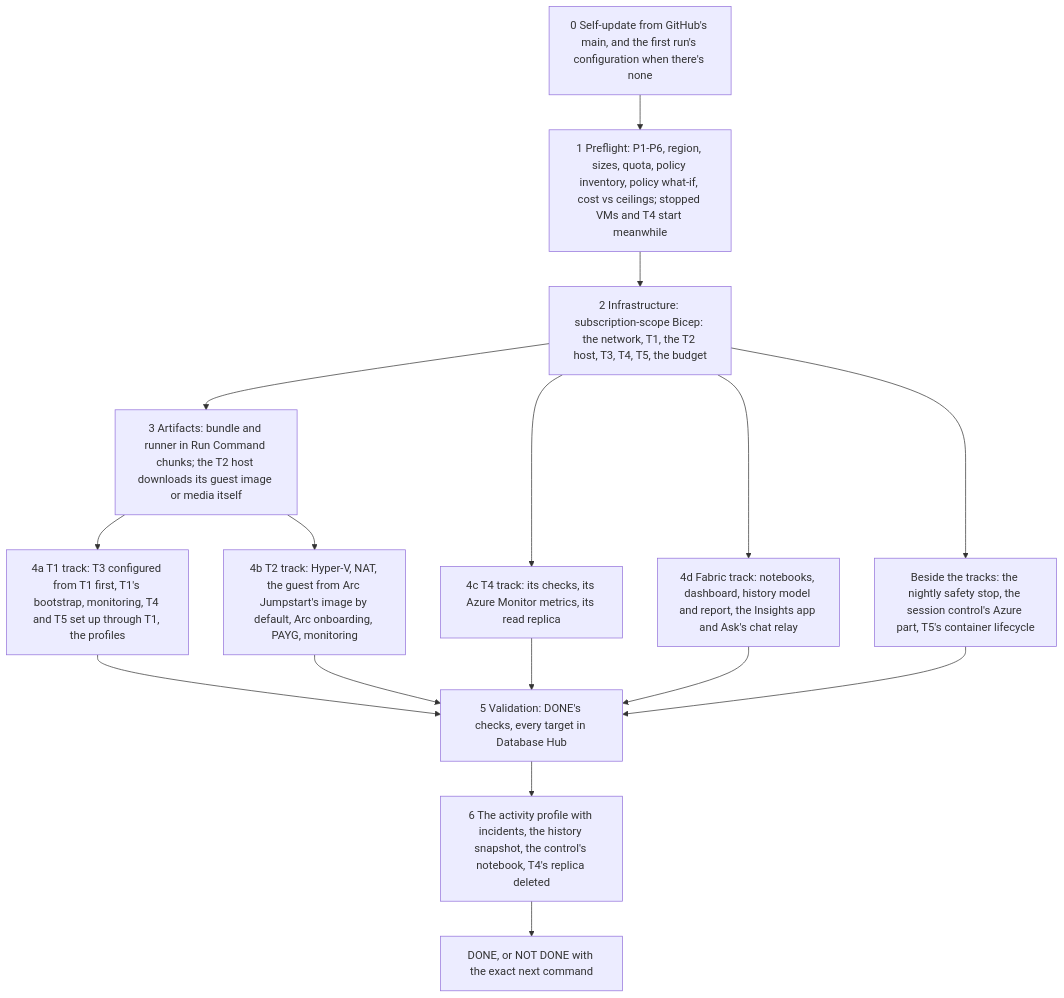
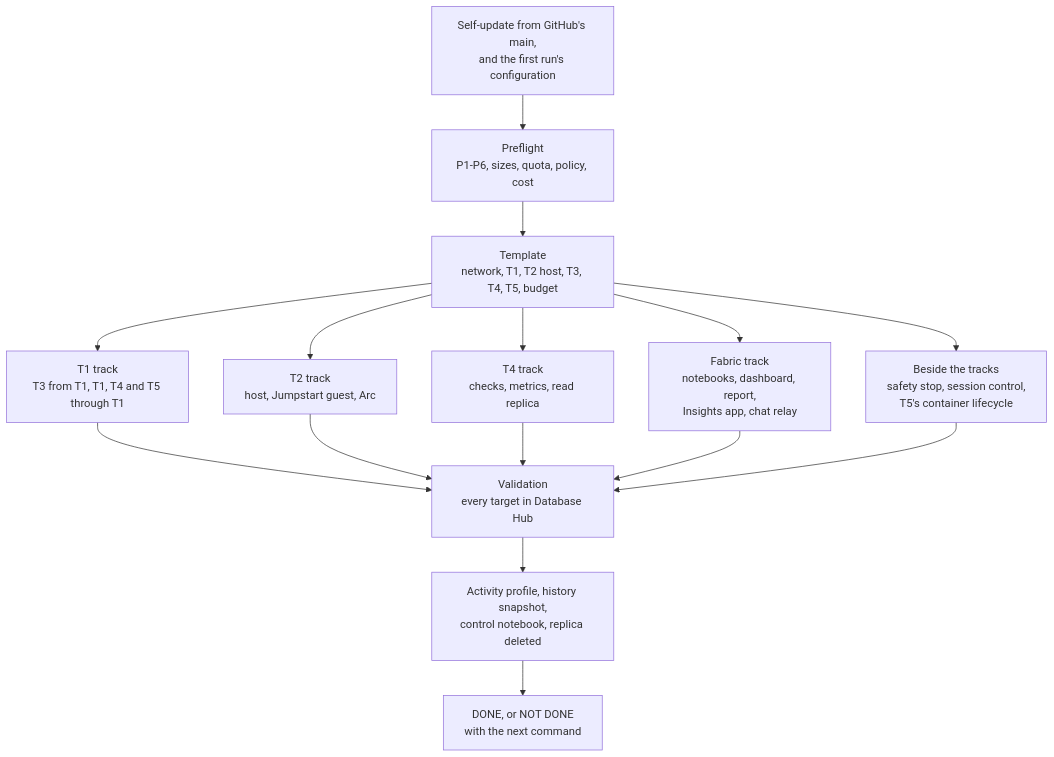
Before and after one commit to MarcBushong/fabric-database-hub-demo: the second of 4 diagrams in docs/architecture.md, drawn with Mermaid. The commit also changed other lines of this file and 22 other files, not shown here.

````diff
--- a/docs/architecture.md
+++ b/docs/architecture.md
@@ -237,18 +131,13 @@
 ```mermaid
 flowchart TD
-  S0["0 Self-update from GitHub's main, and the first run's configuration when there's none"] --> S1["1 Preflight: P1-P6, region, sizes, quota, policy inventory, policy what-if, cost vs ceilings; stopped VMs and T4 start meanwhile"]
-  S1 --> S2["2 Infrastructure: subscription-scope Bicep: the network, T1, the T2 host, T3, T4, T5, the budget"]
-  S2 --> SC["Beside the tracks: the nightly safety stop, the session control's Azure part, T5's container lifecycle"]
-  S2 --> S3["3 Artifacts: bundle and runner in Run Command chunks; the T2 host downloads its guest image or media itself"]
-  S3 --> S4A["4a T1 track: T3 configured from T1 first, T1's bootstrap, monitoring, T4 and T5 set up through T1, the profiles"]
-  S3 --> S4B["4b T2 track: Hyper-V, NAT, the guest from Arc Jumpstart's image by default, Arc onboarding, PAYG, monitoring"]
-  S2 --> S4C["4c T4 track: its checks, its Azure Monitor metrics, its read replica"]
-  S2 --> S4D["4d Fabric track: notebooks, dashboard, history model and report, the Insights app and Ask's chat relay"]
-  S4A --> S5["5 Validation: DONE's checks, every target in Database Hub"]
-  S4B --> S5
-  S4C --> S5
-  S4D --> S5
-  SC --> S5
-  S5 --> S6["6 The activity profile with incidents, the history snapshot, the control's notebook, T4's replica deleted"]
-  S6 --> S7["DONE, or NOT DONE with the exact next command"]
+  A["Self-update from GitHub's main,<br/>and the first run's configuration"] --> B["Preflight<br/>P1-P6, sizes, quota, policy, cost"]
+  B --> C["Template<br/>network, T1, T2 host, T3, T4, T5, budget"]
+  C --> D1["T1 track<br/>T3 from T1, T1, T4 and T5 through T1"]
+  C --> D2["T2 track<br/>host, Jumpstart guest, Arc"]
+  C --> D3["T4 track<br/>checks, metrics, read replica"]
+  C --> D4["Fabric track<br/>notebooks, dashboard, report,<br/>Insights app, chat relay"]
+  C --> D5["Beside the tracks<br/>safety stop, session control,<br/>T5's container lifecycle"]
+  D1 & D2 & D3 & D4 & D5 --> E["Validation<br/>every target in Database Hub"]
+  E --> F["Activity profile, history snapshot,<br/>control notebook, replica deleted"]
+  F --> G["DONE, or NOT DONE<br/>with the next command"]
 ```
````
